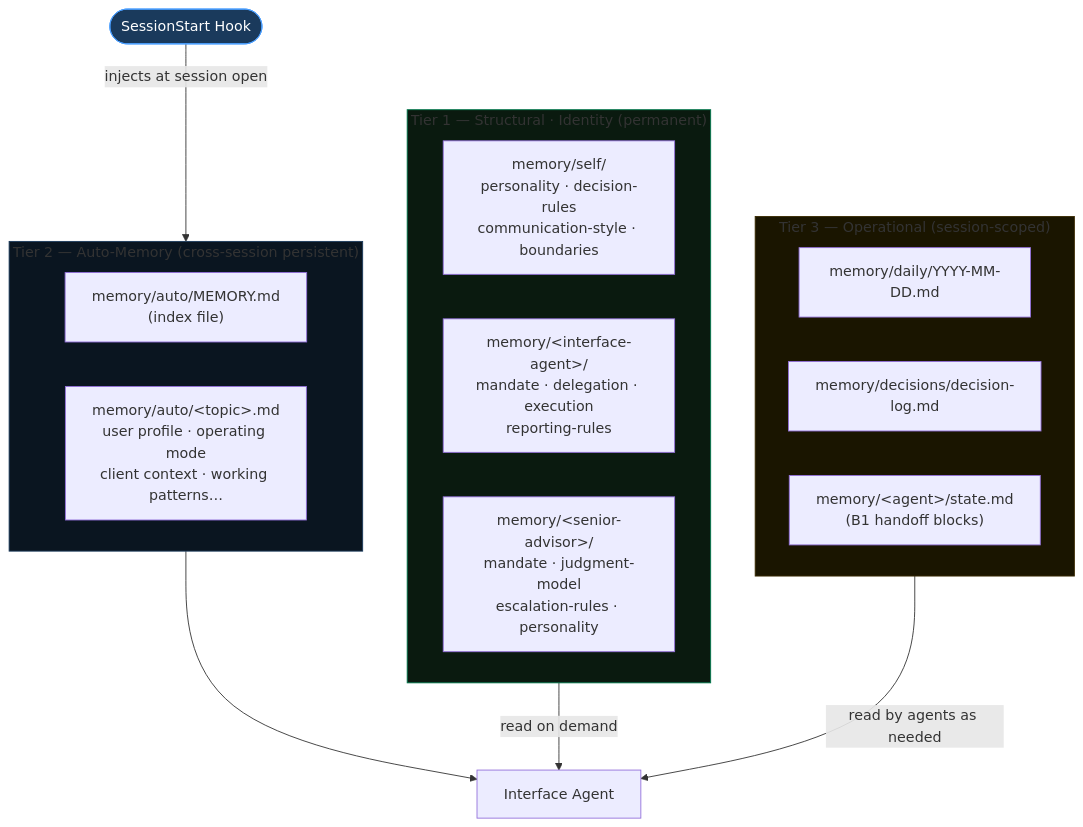
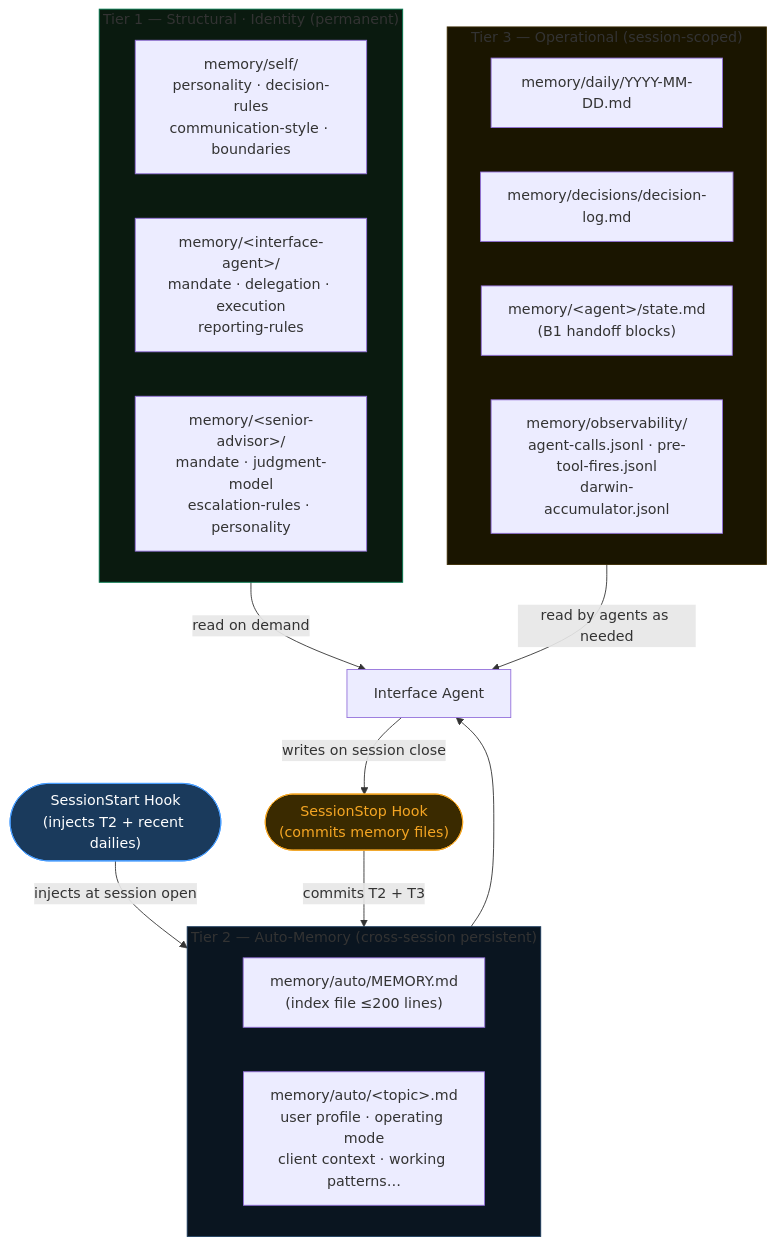
Before and after one commit to DScardini91/agentic-os: the fourth of 7 diagrams in ARCHITECTURE.md, drawn with Mermaid. The commit also changed other lines of this file, not shown here.

First line of the commit message:
feat(docs): expand architecture — 7 diagrams, D1 gate, Darwin loop, TL pipeline

````diff
--- a/ARCHITECTURE.md
+++ b/ARCHITECTURE.md
@@ -132,32 +157,37 @@
 ```mermaid
 flowchart TB
     subgraph T1 ["Tier 1 — Structural · Identity (permanent)"]
         SELF["memory/self/\npersonality · decision-rules\ncommunication-style · boundaries"]
         IA["memory/&lt;interface-agent&gt;/\nmandate · delegation · execution\nreporting-rules"]
         SA["memory/&lt;senior-advisor&gt;/\nmandate · judgment-model\nescalation-rules · personality"]
     end
 
     subgraph T2 ["Tier 2 — Auto-Memory (cross-session persistent)"]
-        IDX["memory/auto/MEMORY.md\n(index file)"]
+        IDX["memory/auto/MEMORY.md\n(index file ≤200 lines)"]
         TOPIC["memory/auto/&lt;topic&gt;.md\nuser profile · operating mode\nclient context · working patterns…"]
     end
 
     subgraph T3 ["Tier 3 — Operational (session-scoped)"]
         DAILY["memory/daily/YYYY-MM-DD.md"]
         DEC["memory/decisions/decision-log.md"]
         STATE["memory/&lt;agent&gt;/state.md\n(B1 handoff blocks)"]
+        OBS["memory/observability/\nagent-calls.jsonl · pre-tool-fires.jsonl\ndarwin-accumulator.jsonl"]
     end
 
-    HOOK(["SessionStart Hook"])
+    HOOK_START(["SessionStart Hook\n(injects T2 + recent dailies)"])
+    HOOK_STOP(["SessionStop Hook\n(commits memory files)"])
     K_AGENT["Interface Agent"]
 
-    HOOK -->|"injects at session open"| T2
+    HOOK_START -->|"injects at session open"| T2
     T2 --> K_AGENT
     T1 -->|"read on demand"| K_AGENT
     T3 -->|"read by agents as needed"| K_AGENT
+    K_AGENT -->|"writes on session close"| HOOK_STOP
+    HOOK_STOP -->|"commits T2 + T3"| T2
 
-    style HOOK fill:#1A3A5C,stroke:#4A9EFF,color:#fff
+    style HOOK_START fill:#1A3A5C,stroke:#4A9EFF,color:#fff
+    style HOOK_STOP fill:#3A2A00,stroke:#F5A623,color:#F5A623
     style T1 fill:#0A1A0F,stroke:#007A4D
     style T2 fill:#0A1520,stroke:#1A3A5C
     style T3 fill:#1A1500,stroke:#3A2A00
 ```
````
